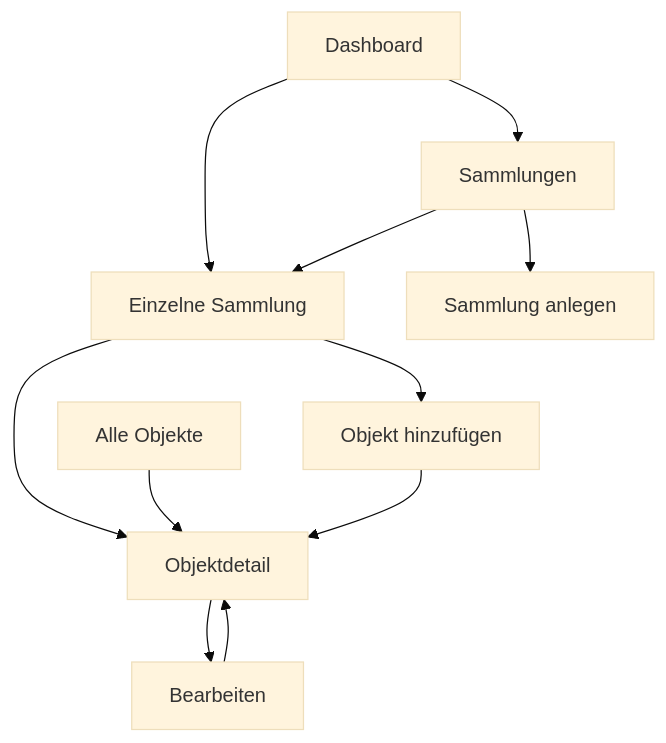
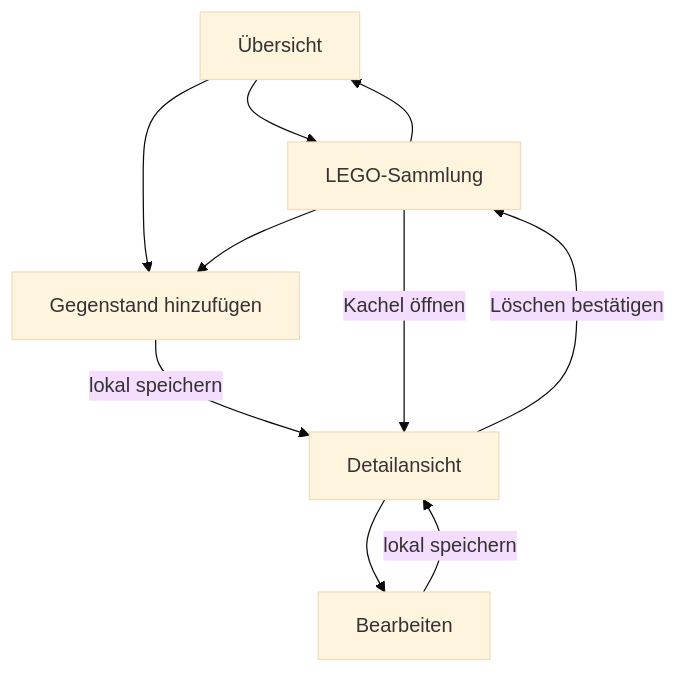
One commit to codePfosten/sammel-webapp changed the diagram in PROJECT_FLOW.md. Above: the diagram before and after it, drawn with Mermaid (base theme). The commit also changed other lines of this file and 32 other files, not shown here.

First line of the commit message:
feat: add simple HTML CSS JS LEGO collection prototype

````diff
--- a/PROJECT_FLOW.md
+++ b/PROJECT_FLOW.md
@@ -5,13 +5,12 @@
 ```mermaid
 flowchart TD
-  Start["Dashboard"] --> Collections["Sammlungen"]
-  Start --> Collection["Einzelne Sammlung"]
-  Collections --> Collection
-  Collections --> NewCollection["Sammlung anlegen"]
-  Collection --> Detail["Objektdetail"]
-  Collection --> Add["Objekt hinzufügen"]
-  All["Alle Objekte"] --> Detail
-  Detail --> Edit["Bearbeiten"]
-  Edit --> Detail
-  Add --> Detail
+  Start[Übersicht] --> Collection[LEGO-Sammlung]
+  Start --> Add[Gegenstand hinzufügen]
+  Collection --> Add
+  Add -->|lokal speichern| Detail[Detailansicht]
+  Collection -->|Kachel öffnen| Detail
+  Detail --> Edit[Bearbeiten]
+  Edit -->|lokal speichern| Detail
+  Detail -->|Löschen bestätigen| Collection
+  Collection --> Start
 ```
````
